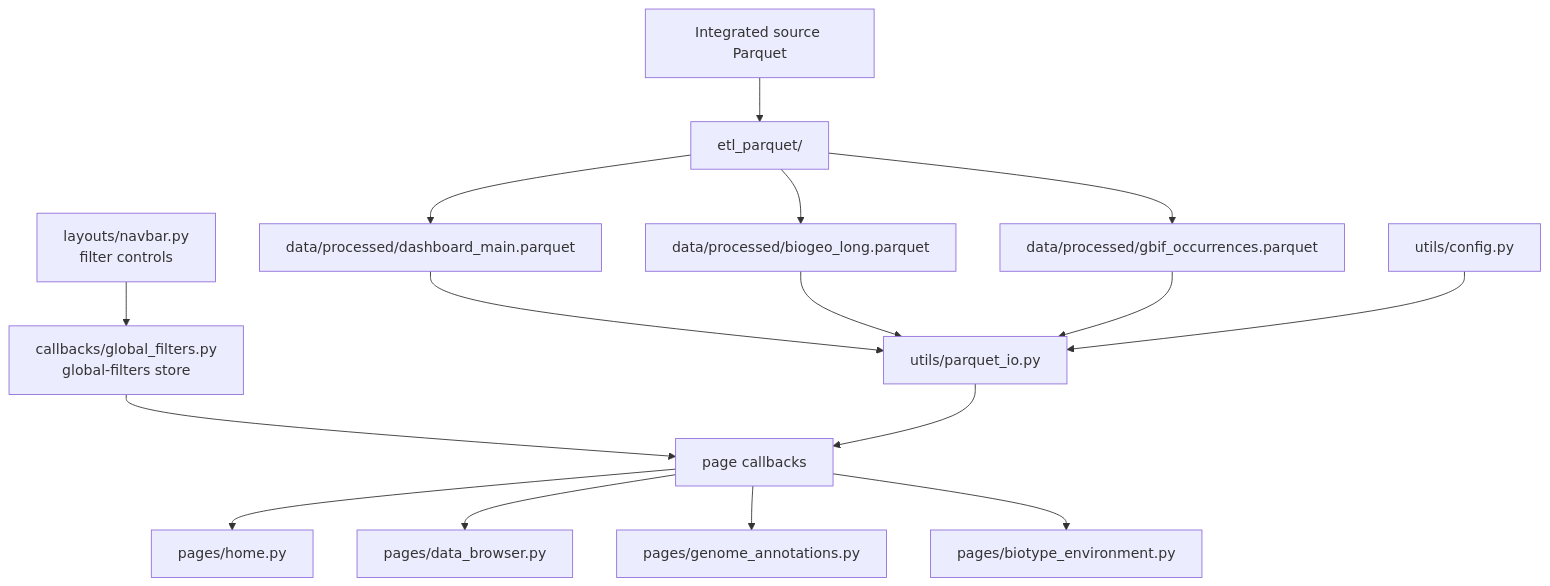
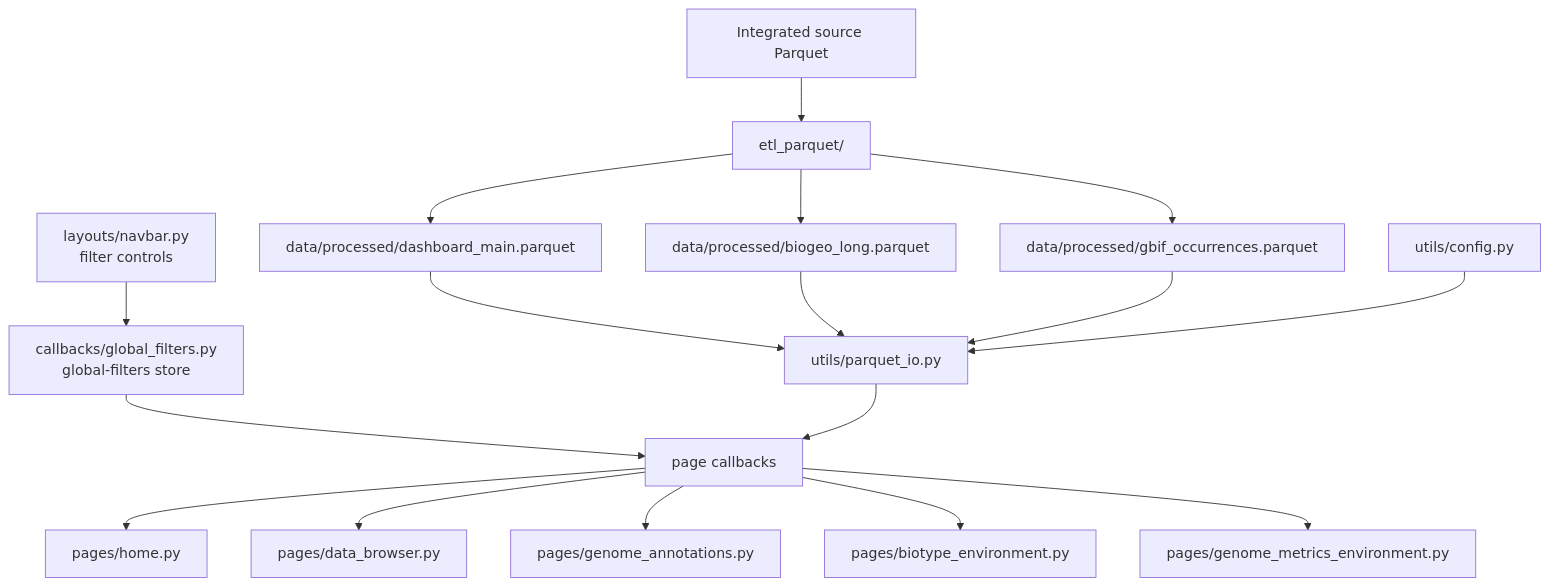
The first of 2 diagrams in README.md (JuanPNG/biodiversity_annotations_dashboard), drawn with Mermaid before and after one commit. The commit also changed other lines of this file, not shown here.

````diff
--- a/README.md
+++ b/README.md
@@ -26,23 +26,24 @@
 ```mermaid
 flowchart TD
     A["Integrated source Parquet"] --> B["etl_parquet/"]
     B --> C["data/processed/dashboard_main.parquet"]
     B --> D["data/processed/biogeo_long.parquet"]
     B --> E["data/processed/gbif_occurrences.parquet"]
 
     C --> F["utils/parquet_io.py"]
     D --> F
     E --> F
 
     G["utils/config.py"] --> F
 
     H["layouts/navbar.py<br/>filter controls"] --> I["callbacks/global_filters.py<br/>global-filters store"]
 
     I --> J["page callbacks"]
     F --> J
 
     J --> K["pages/home.py"]
     J --> L["pages/data_browser.py"]
     J --> M["pages/genome_annotations.py"]
     J --> N["pages/biotype_environment.py"]
+    J --> O["pages/genome_metrics_environment.py"]
 ```
````
